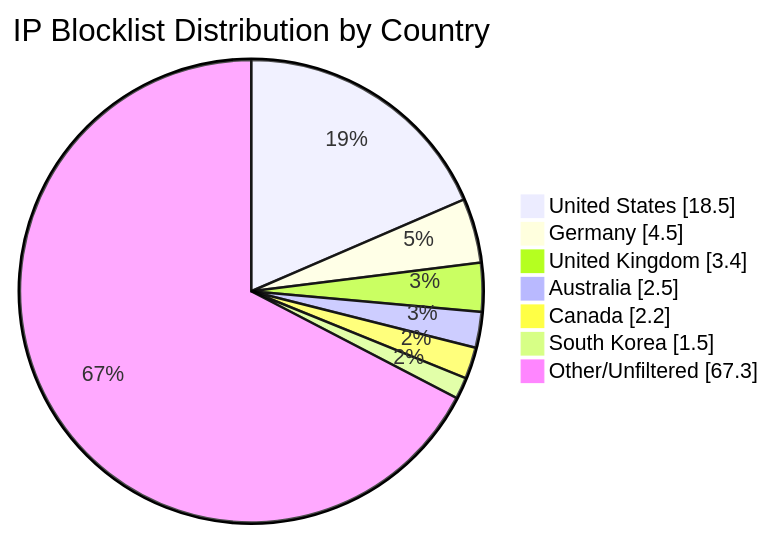
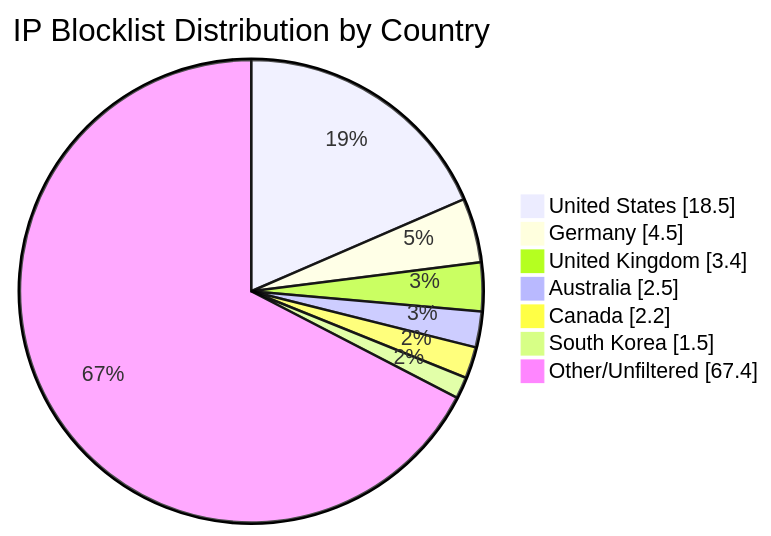
One commit to MarcusHoltz/ipblocklist-geofiltered-aggregator changed the diagram in README.md. Above: the diagram before and after it, drawn with Mermaid. The commit also changed other lines of this file and 9 other files, not shown here.

````diff
--- a/README.md
+++ b/README.md
@@ -34,10 +34,10 @@
 ```mermaid
 pie showData title IP Blocklist Distribution by Country
 "United States" : 18.5
 "Germany" : 4.5
 "United Kingdom" : 3.4
 "Australia" : 2.5
 "Canada" : 2.2
 "South Korea" : 1.5
-"Other/Unfiltered" : 67.3
+"Other/Unfiltered" : 67.4
 ```
````
